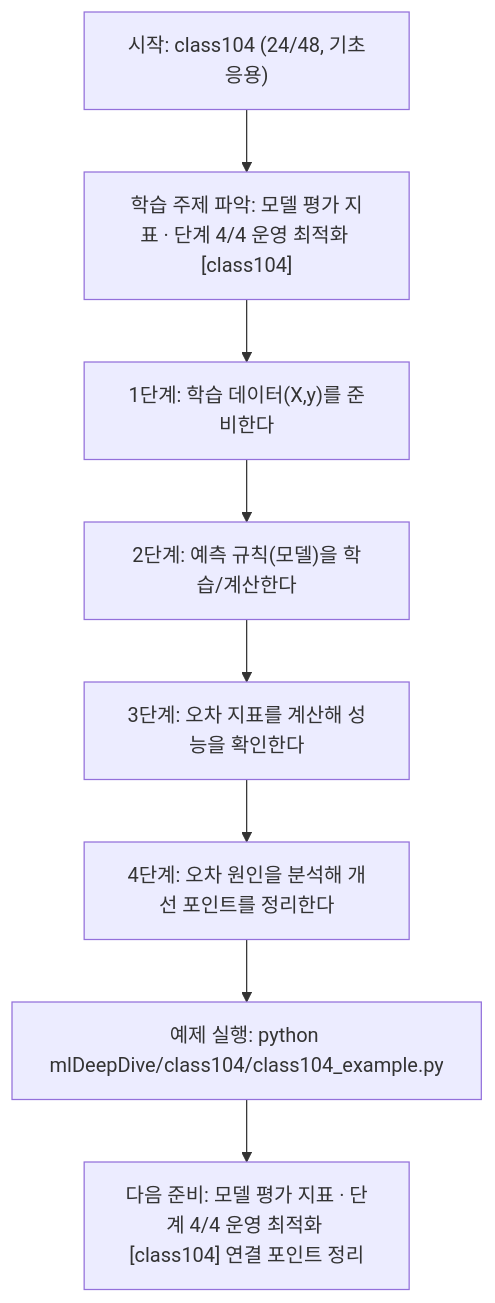
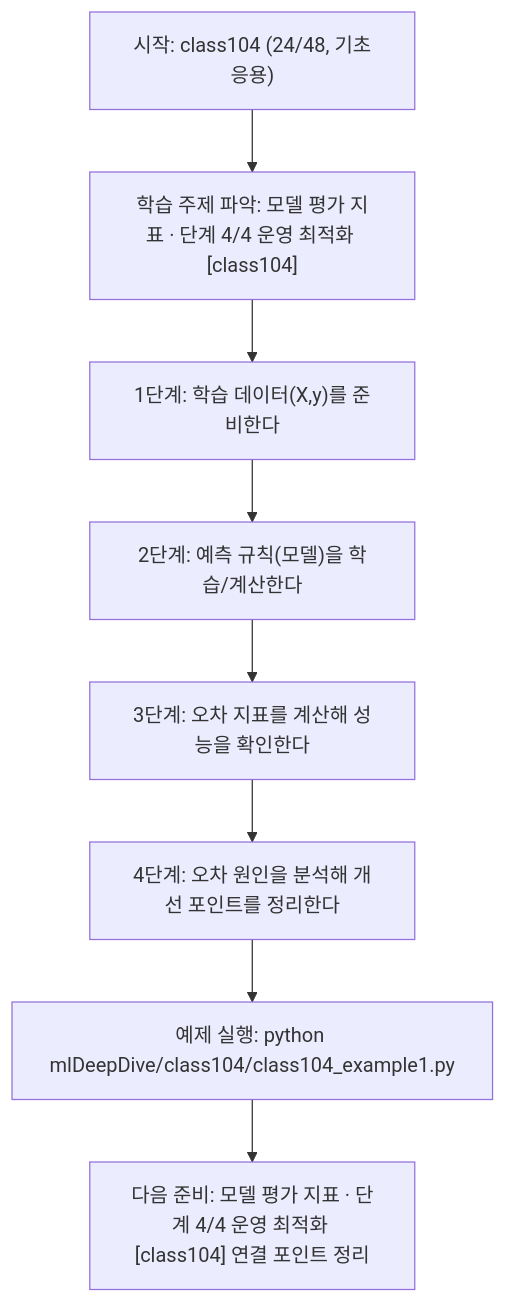
Before and after one commit to edumgt/Python-AI_Agent-Class: the diagram in mlDeepDive/class104/class104.md, drawn with Mermaid. The commit also changed other lines of this file and 2959 other files, not shown here.

````diff
--- a/mlDeepDive/class104/class104.md
+++ b/mlDeepDive/class104/class104.md
@@ -110,18 +110,18 @@
 ```mermaid
 flowchart TD
 N1["시작: class104 (24/48, 기초응용)"]
 N2["학습 주제 파악: 모델 평가 지표 · 단계 4/4 운영 최적화 [class104]"]
 N3["1단계: 학습 데이터(X,y)를 준비한다"]
 N4["2단계: 예측 규칙(모델)을 학습/계산한다"]
 N5["3단계: 오차 지표를 계산해 성능을 확인한다"]
 N6["4단계: 오차 원인을 분석해 개선 포인트를 정리한다"]
-N7["예제 실행: python mlDeepDive/class104/class104_example.py"]
+N7["예제 실행: python mlDeepDive/class104/class104_example1.py"]
 N8["다음 준비: 모델 평가 지표 · 단계 4/4 운영 최적화 [class104] 연결 포인트 정리"]
 N1 --> N2
 N2 --> N3
 N3 --> N4
 N4 --> N5
 N5 --> N6
 N6 --> N7
 N7 --> N8
 ```
````
